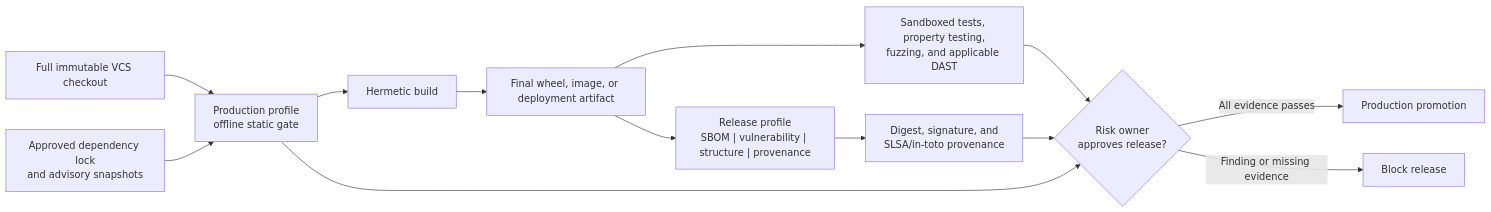
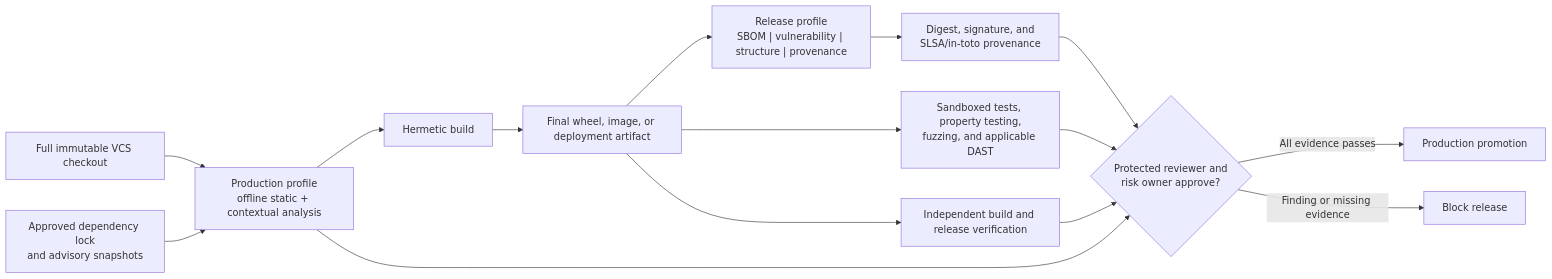
One commit to willtran87/project-py-security-suite changed the diagram in docs/production-security.md. Above: the diagram before and after it, drawn with Mermaid. The commit also changed other lines of this file and 303 other files, not shown here.

````diff
--- a/docs/production-security.md
+++ b/docs/production-security.md
@@ -60,15 +97,17 @@
 ```mermaid
 flowchart LR
-    Clone["Full immutable VCS checkout"] --> Static["Production profile<br/>offline static gate"]
+    Clone["Full immutable VCS checkout"] --> Static["Production profile<br/>offline static + contextual analysis"]
     Lock["Approved dependency lock<br/>and advisory snapshots"] --> Static
     Static --> Build["Hermetic build"]
     Build --> Artifact["Final wheel, image, or deployment artifact"]
     Artifact --> ArtifactScan["Release profile<br/>SBOM | vulnerability | structure | provenance"]
     Artifact --> Dynamic["Sandboxed tests, property testing,<br/>fuzzing, and applicable DAST"]
     ArtifactScan --> Provenance["Digest, signature, and<br/>SLSA/in-toto provenance"]
-    Dynamic --> Decision{"Risk owner<br/>approves release?"}
+    Artifact --> External["Independent build and release verification"]
+    Dynamic --> Decision{"Protected reviewer and<br/>risk owner approve?"}
     Provenance --> Decision
     Static --> Decision
+    External --> Decision
     Decision -->|All evidence passes| Promote["Production promotion"]
     Decision -->|Finding or missing evidence| Stop["Block release"]
 ```
````
